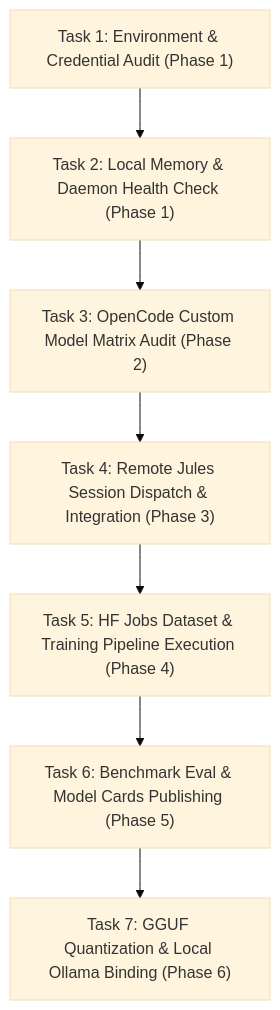
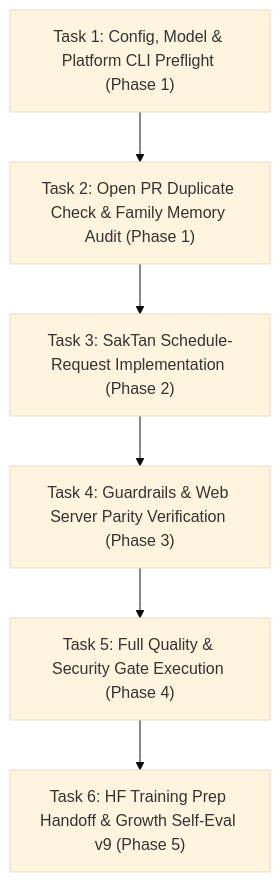
Before and after one commit to beer-sakthai/Sak-Family-Agent: the diagram in personas/sakjules/PLAN.md, drawn with Mermaid (base theme). The commit also changed other lines of this file and 92 other files, not shown here.

````diff
--- a/personas/sakjules/PLAN.md
+++ b/personas/sakjules/PLAN.md
@@ -10,9 +10,8 @@
 ```mermaid
 flowchart TD
-    T1["Task 1: Environment & Credential Audit (Phase 1)"] --> T2["Task 2: Local Memory & Daemon Health Check (Phase 1)"]
-    T2 --> T3["Task 3: OpenCode Custom Model Matrix Audit (Phase 2)"]
-    T3 --> T4["Task 4: Remote Jules Session Dispatch & Integration (Phase 3)"]
-    T4 --> T5["Task 5: HF Jobs Dataset & Training Pipeline Execution (Phase 4)"]
-    T5 --> T6["Task 6: Benchmark Eval & Model Cards Publishing (Phase 5)"]
-    T6 --> T7["Task 7: GGUF Quantization & Local Ollama Binding (Phase 6)"]
+    T1["Task 1: Config, Model & Platform CLI Preflight (Phase 1)"] --> T2["Task 2: Open PR Duplicate Check & Family Memory Audit (Phase 1)"]
+    T2 --> T3["Task 3: SakTan Schedule-Request Implementation (Phase 2)"]
+    T3 --> T4["Task 4: Guardrails & Web Server Parity Verification (Phase 3)"]
+    T4 --> T5["Task 5: Full Quality & Security Gate Execution (Phase 4)"]
+    T5 --> T6["Task 6: HF Training Prep Handoff & Growth Self-Eval v9 (Phase 5)"]
 ```
````
